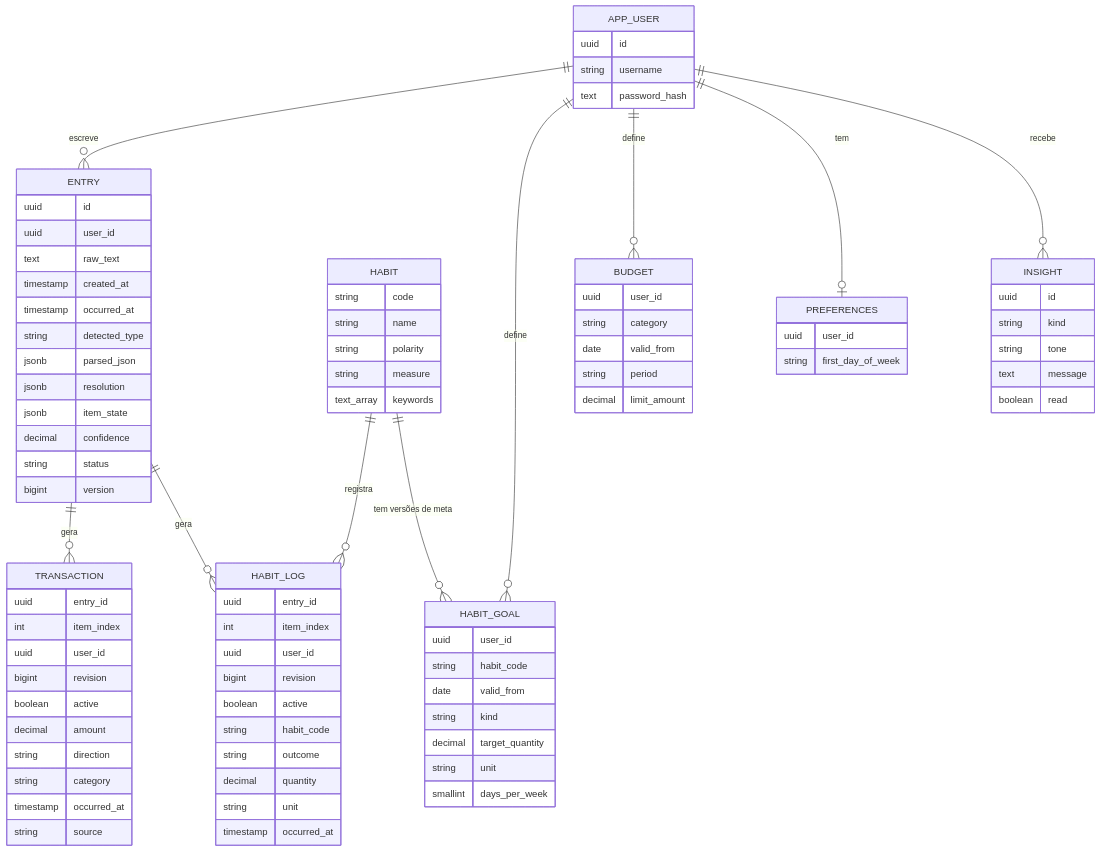
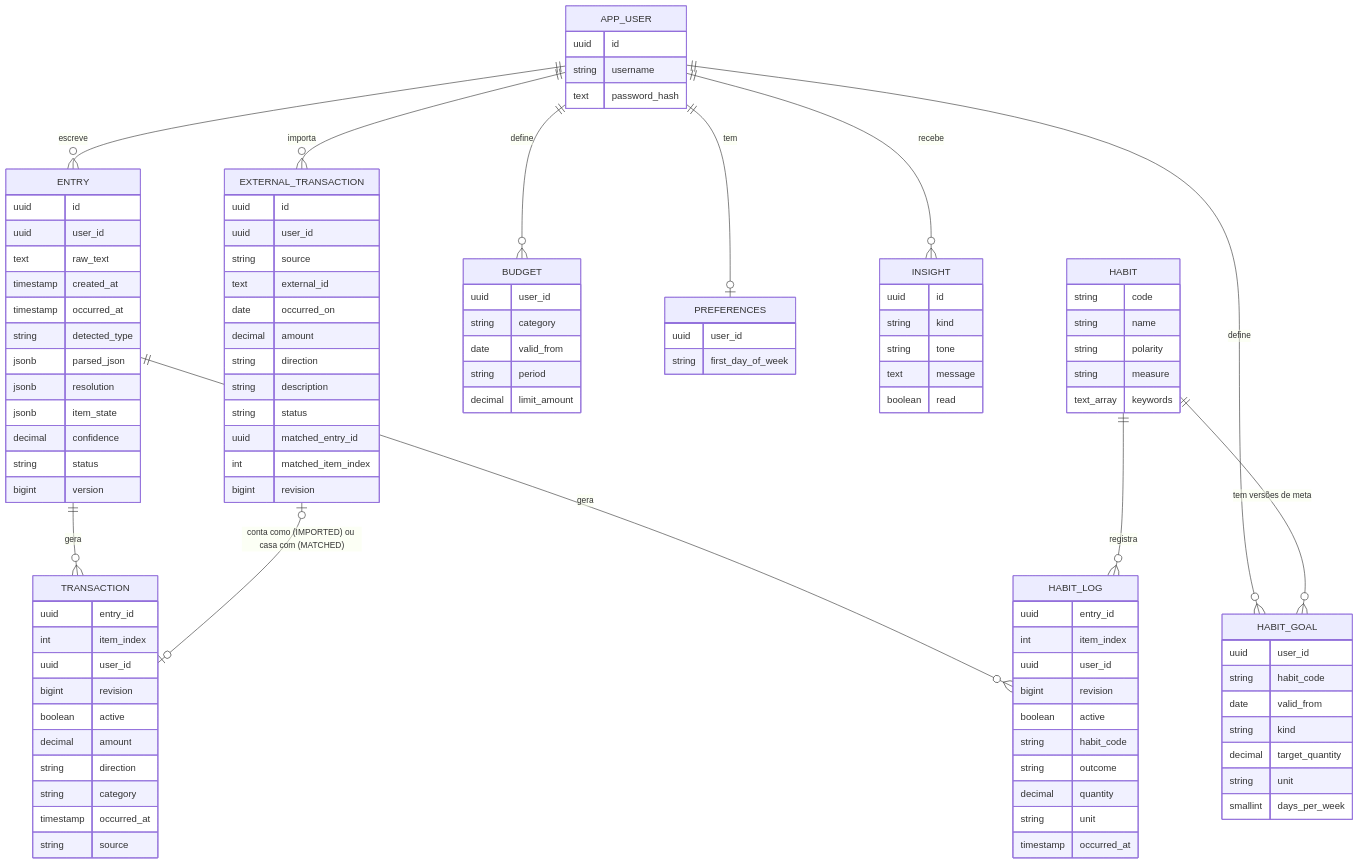
One commit to GabrieliModollo/mydly changed the fifth of 6 diagrams in docs/arquitetura.md. Above: the diagram before and after it, drawn with Mermaid. The commit also changed other lines of this file and 5 other files, not shown here.

```diff
--- a/docs/arquitetura.md
+++ b/docs/arquitetura.md
@@ -152,6 +152,8 @@
     APP_USER ||--o{ BUDGET : define
     APP_USER ||--o| PREFERENCES : tem
     APP_USER ||--o{ INSIGHT : recebe
+    APP_USER ||--o{ EXTERNAL_TRANSACTION : importa
+    EXTERNAL_TRANSACTION |o--o| TRANSACTION : "conta como (IMPORTED) ou casa com (MATCHED)"
 
     APP_USER {
         uuid id
@@ -223,6 +225,20 @@
         uuid user_id
         string first_day_of_week
     }
+    EXTERNAL_TRANSACTION {
+        uuid id
+        uuid user_id
+        string source
+        text external_id
+        date occurred_on
+        decimal amount
+        string direction
+        string description
+        string status
+        uuid matched_entry_id
+        int matched_item_index
+        bigint revision
+    }
     INSIGHT {
         uuid id
         string kind
```
